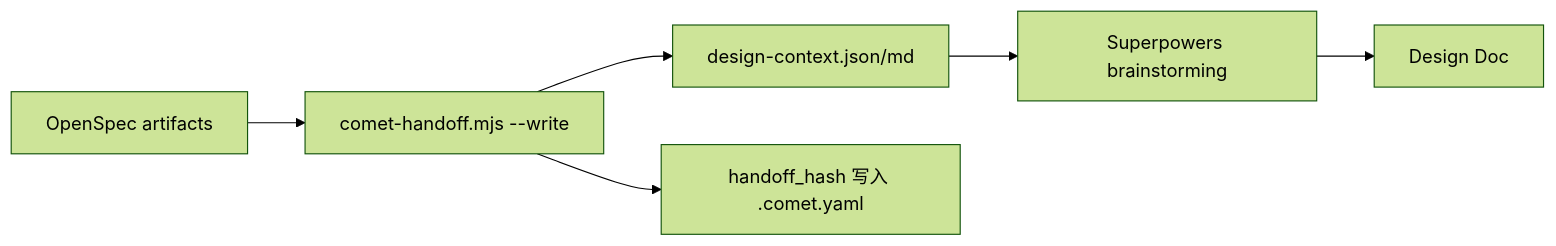
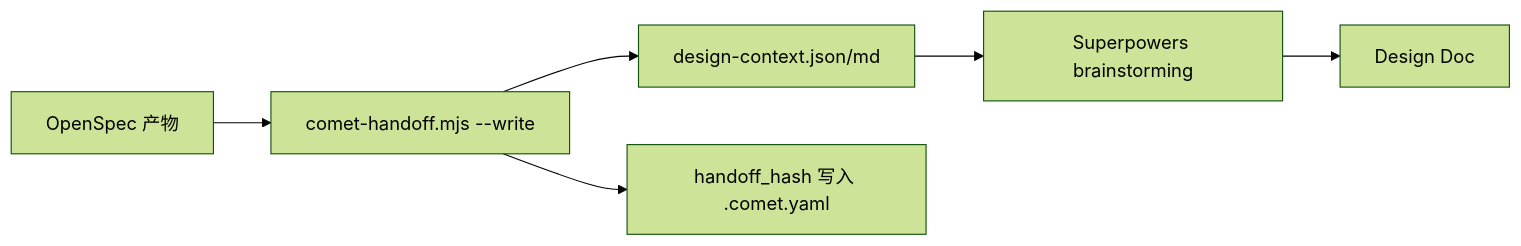
One commit to rpamis/comet-website-docs changed the second of 5 diagrams in zh/concepts/workflow.mdx. Above: the diagram before and after it, drawn with Mermaid (forest theme). The commit also changed other lines of this file and 7 other files, not shown here.

````diff
--- a/zh/concepts/workflow.mdx
+++ b/zh/concepts/workflow.mdx
@@ -70,8 +68,8 @@
 ```mermaid
 flowchart LR
-  A["OpenSpec artifacts"] --> B["comet-handoff.mjs --write"]
+  A["OpenSpec 产物"] --> B["comet-handoff.mjs --write"]
   B --> C["design-context.json/md"]
   C --> D["Superpowers brainstorming"]
   D --> E["Design Doc"]
   B --> F["handoff_hash 写入 .comet.yaml"]
 ```
````
